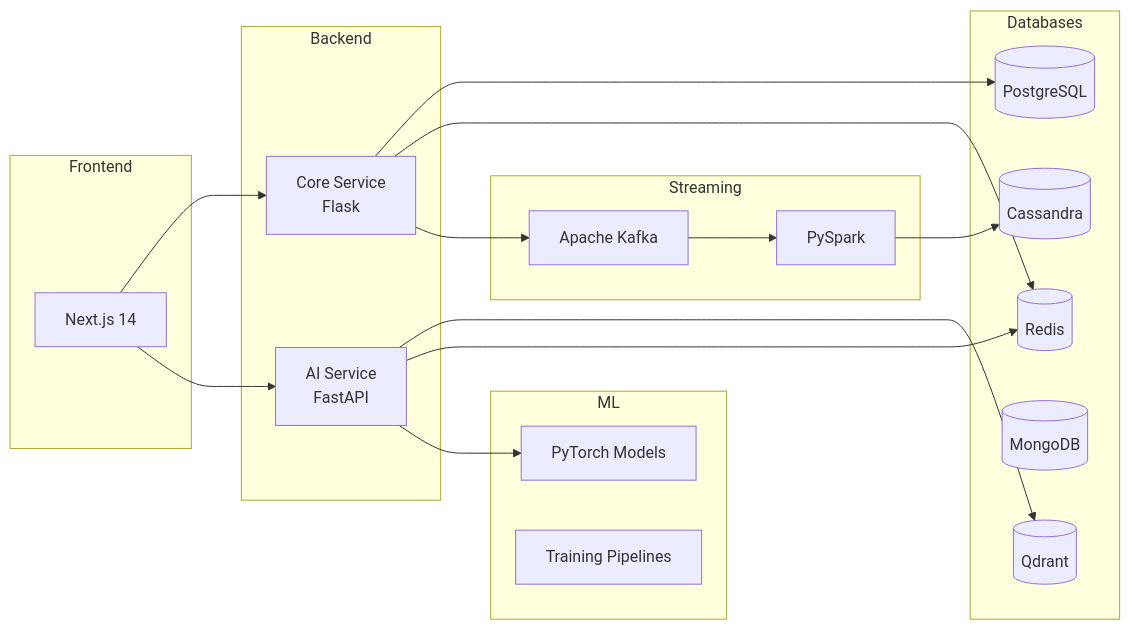
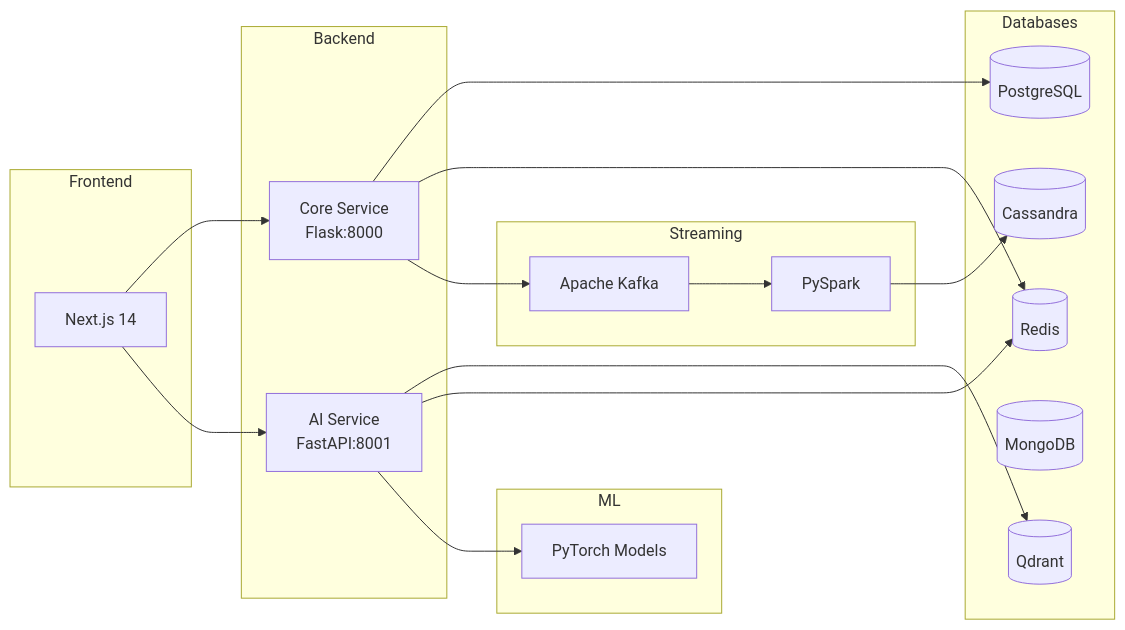
One commit to realshubhamraut/ensureStudy changed the ninth of 11 diagrams in README.md. Above: the diagram before and after it, drawn with Mermaid. The commit also changed other lines of this file and 33 other files, not shown here.

````diff
--- a/README.md
+++ b/README.md
@@ -50,40 +344,39 @@
 ```mermaid
 flowchart LR
     subgraph Frontend
         Next[Next.js 14]
     end
     
     subgraph Backend
-        Core[Core Service<br/>Flask]
-        AI[AI Service<br/>FastAPI]
+        Core[Core Service<br/>Flask:8000]
+        AI[AI Service<br/>FastAPI:8001]
     end
     
     subgraph Databases
         PG[(PostgreSQL)]
         QD[(Qdrant)]
         RD[(Redis)]
         MG[(MongoDB)]
         CS[(Cassandra)]
     end
     
     subgraph ML
         Models[PyTorch Models]
-        Train[Training Pipelines]
     end
     
     subgraph Streaming
         Kafka[Apache Kafka]
         Spark[PySpark]
     end
     
     Next --> Core
     Next --> AI
     Core --> PG
     Core --> RD
     AI --> QD
     AI --> RD
     AI --> Models
     Core --> Kafka
     Kafka --> Spark
     Spark --> CS
 ```
````
